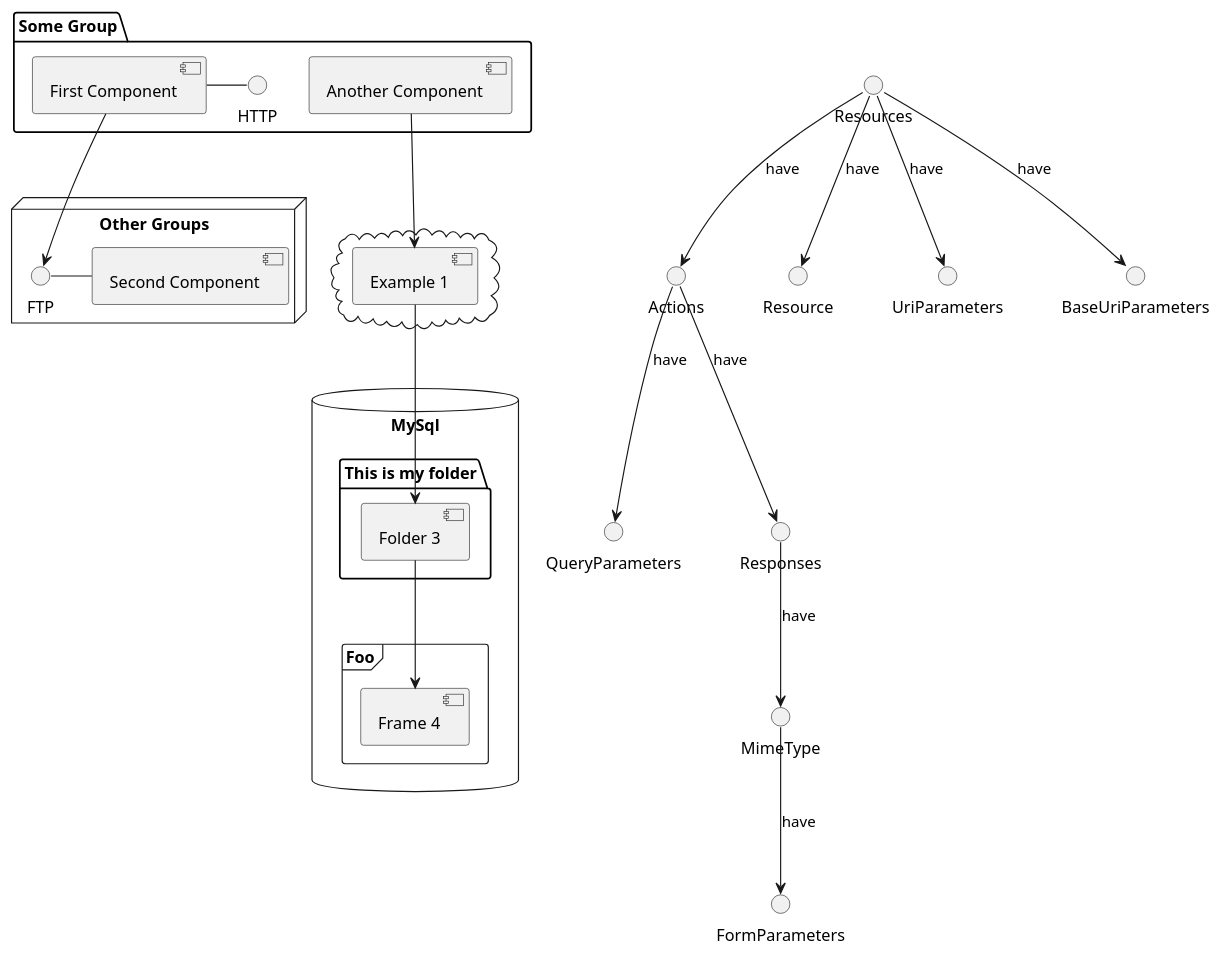
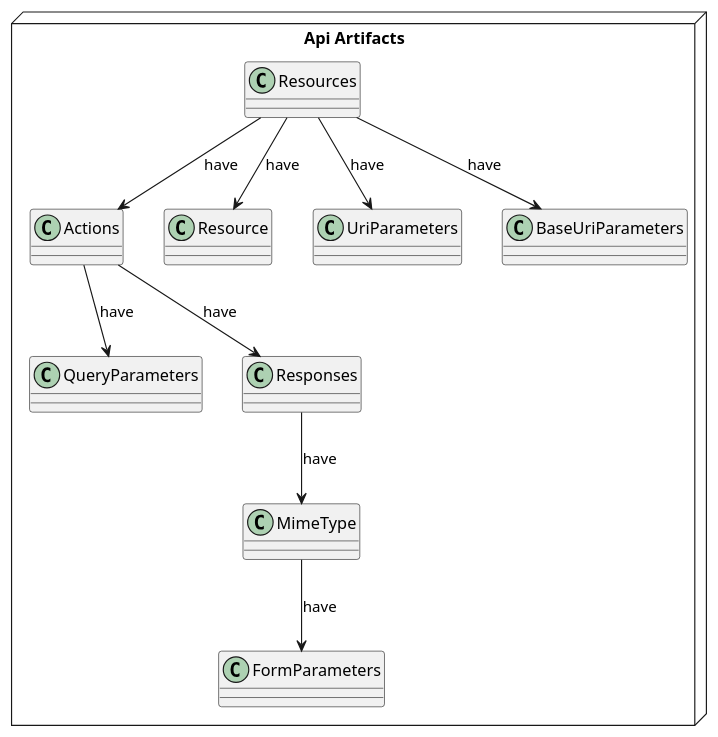
The diagram in documentation/api_artifacts.puml (jorgwel/r2r), drawn with PlantUML before and after one commit. The commit also changed 2 other files, not shown here.

```diff
--- a/documentation/api_artifacts.puml
+++ b/documentation/api_artifacts.puml
@@ -1,42 +1,44 @@
 @startuml
 
+node "Api Artifacts" {
 	Resources --> Actions: have
 	Resources --> Resource: have
 	Resources --> UriParameters: have
 	Resources --> BaseUriParameters: have
 	Actions --> QueryParameters: have
 	Actions --> Responses: have
 	Responses --> MimeType: have
 	MimeType --> FormParameters: have
-
-	package "Some Group" {
-		HTTP - [First Component]
-		[Another Component]
-	}
- 
-node "Other Groups" {
-  FTP - [Second Component]
-  [First Component] --> FTP
-} 
-
-cloud {
-  [Example 1]
 }
 
+	' package "Some Group" {
+	' 	HTTP - [First Component]
+	' 	[Another Component]
+	' }
+ 
+' node "Other Groups" {
+'   FTP - [Second Component]
+'   [First Component] --> FTP
+' } 
 
-database "MySql" {
-  folder "This is my folder" {
-    [Folder 3]
-  }
-  frame "Foo" {
-    [Frame 4]
-  }
-}
+' cloud {
+'   [Example 1]
+' }
 
 
-[Another Component] --> [Example 1]
-[Example 1] --> [Folder 3]
-[Folder 3] --> [Frame 4]
+' database "MySql" {
+'   folder "This is my folder" {
+'     [Folder 3]
+'   }
+'   frame "Foo" {
+'     [Frame 4]
+'   }
+' }
+
+
+' [Another Component] --> [Example 1]
+' [Example 1] --> [Folder 3]
+' [Folder 3] --> [Frame 4]
 
 
 @enduml
```
